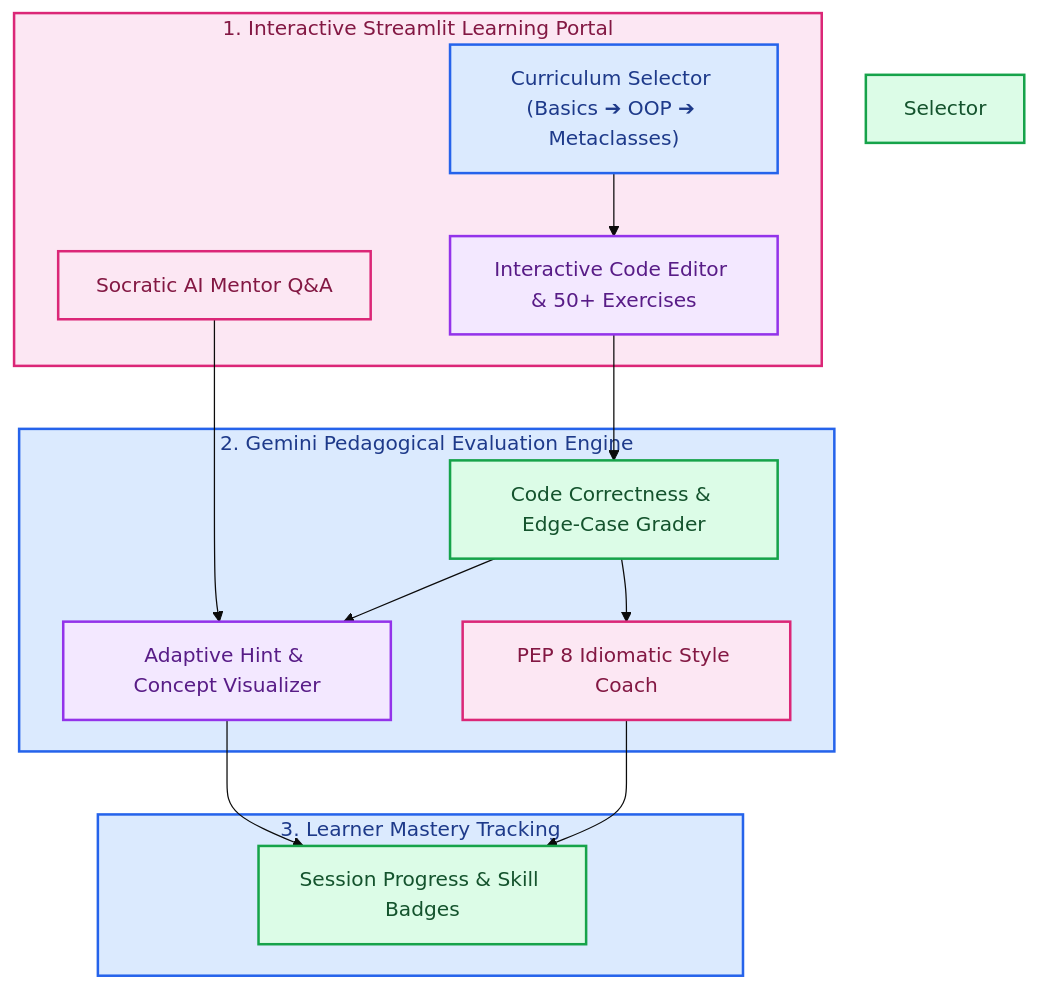
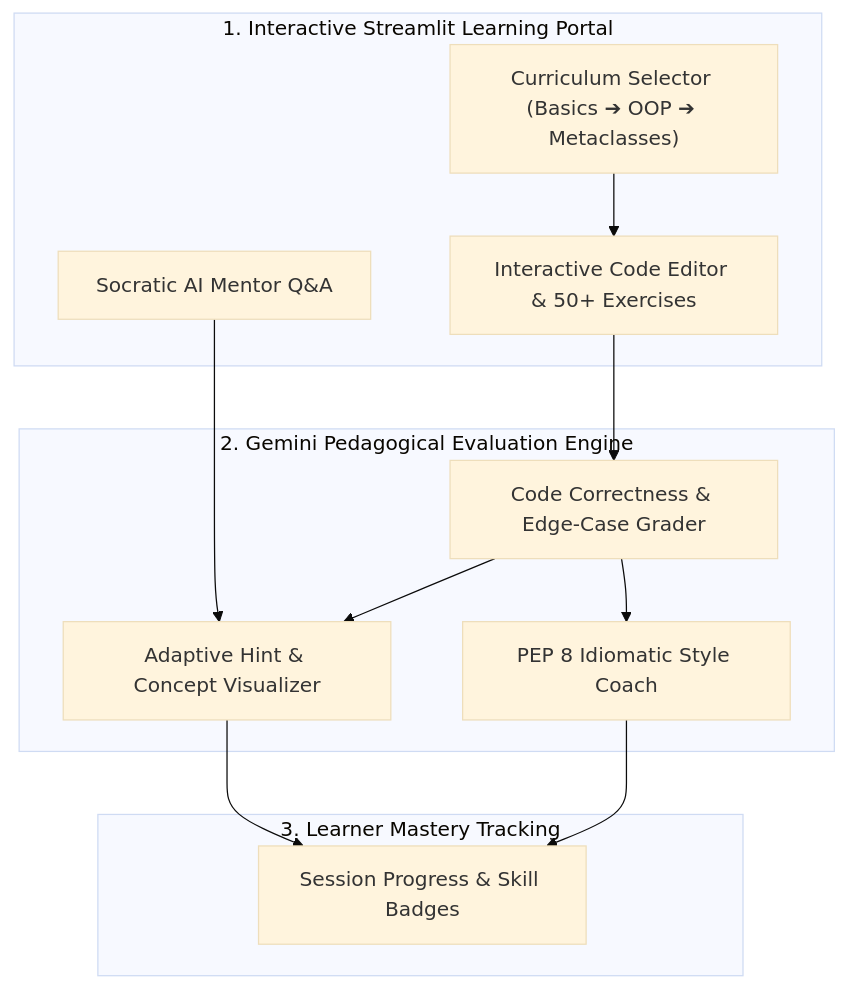
Before and after one commit to RobinaMirbahar/Python-Learning-Assistant: the diagram in README.md, drawn with Mermaid (base theme).

Commit message:
docs: revert Mermaid color overrides for crisp native GitHub rendering and consolidate header

````diff
--- a/README.md
+++ b/README.md
@@ -23,30 +23,19 @@
 ```mermaid
 flowchart TD
     subgraph UI ["1. Interactive Streamlit Learning Portal"]
         U_Mod["Curriculum Selector (Basics ➔ OOP ➔ Metaclasses)"]
         U_Code["Interactive Code Editor & 50+ Exercises"]
         U_Chat["Socratic AI Mentor Q&A"]
     end
     subgraph Tutor ["2. Gemini Pedagogical Evaluation Engine"]
         T_Check["Code Correctness & Edge-Case Grader"]
         T_Hint["Adaptive Hint & Concept Visualizer"]
         T_PEP["PEP 8 Idiomatic Style Coach"]
     end
     subgraph Progress ["3. Learner Mastery Tracking"]
         P_State["Session Progress & Skill Badges"]
     end
     U_Mod --> U_Code --> T_Check
     U_Chat --> T_Hint
     T_Check --> T_Hint & T_PEP --> P_State
-    style UI fill:#fce7f3,stroke:#db2777,stroke-width:2px,color:#831843
-    style U_Mod fill:#dbeafe,stroke:#2563eb,stroke-width:2px,color:#1e3a8a
-    style Selector fill:#dcfce7,stroke:#16a34a,stroke-width:2px,color:#14532d
-    style U_Code fill:#f3e8ff,stroke:#9333ea,stroke-width:2px,color:#581c87
-    style U_Chat fill:#fce7f3,stroke:#db2777,stroke-width:2px,color:#831843
-    style Tutor fill:#dbeafe,stroke:#2563eb,stroke-width:2px,color:#1e3a8a
-    style T_Check fill:#dcfce7,stroke:#16a34a,stroke-width:2px,color:#14532d
-    style T_Hint fill:#f3e8ff,stroke:#9333ea,stroke-width:2px,color:#581c87
-    style T_PEP fill:#fce7f3,stroke:#db2777,stroke-width:2px,color:#831843
-    style Progress fill:#dbeafe,stroke:#2563eb,stroke-width:2px,color:#1e3a8a
-    style P_State fill:#dcfce7,stroke:#16a34a,stroke-width:2px,color:#14532d
 ```
````
